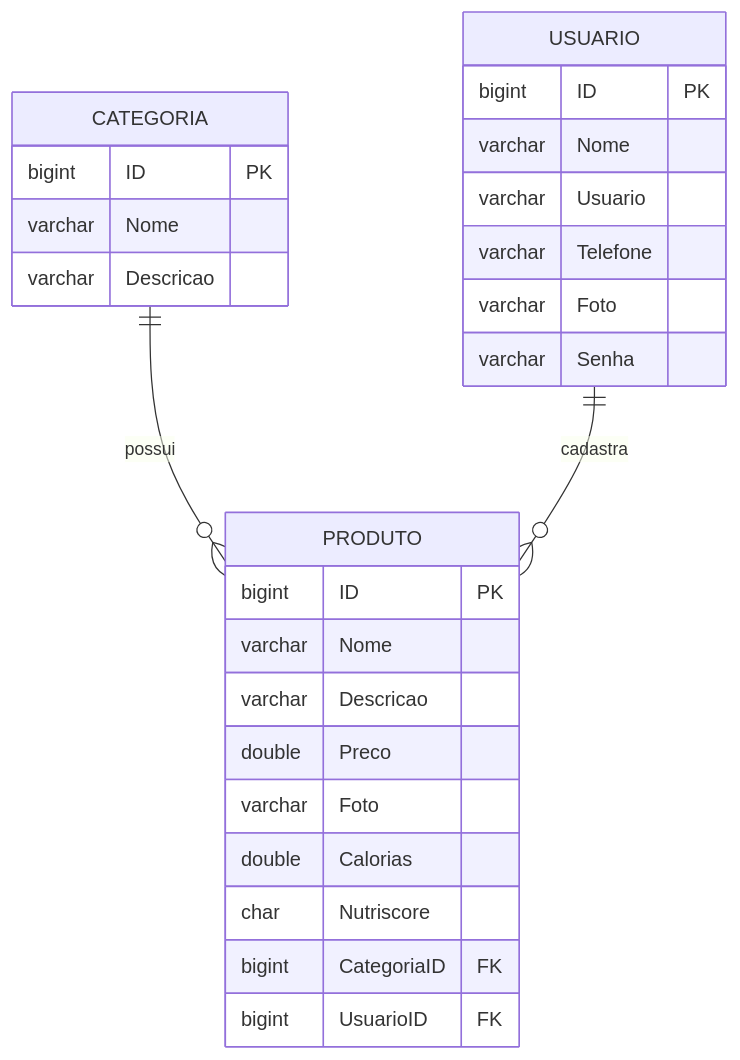
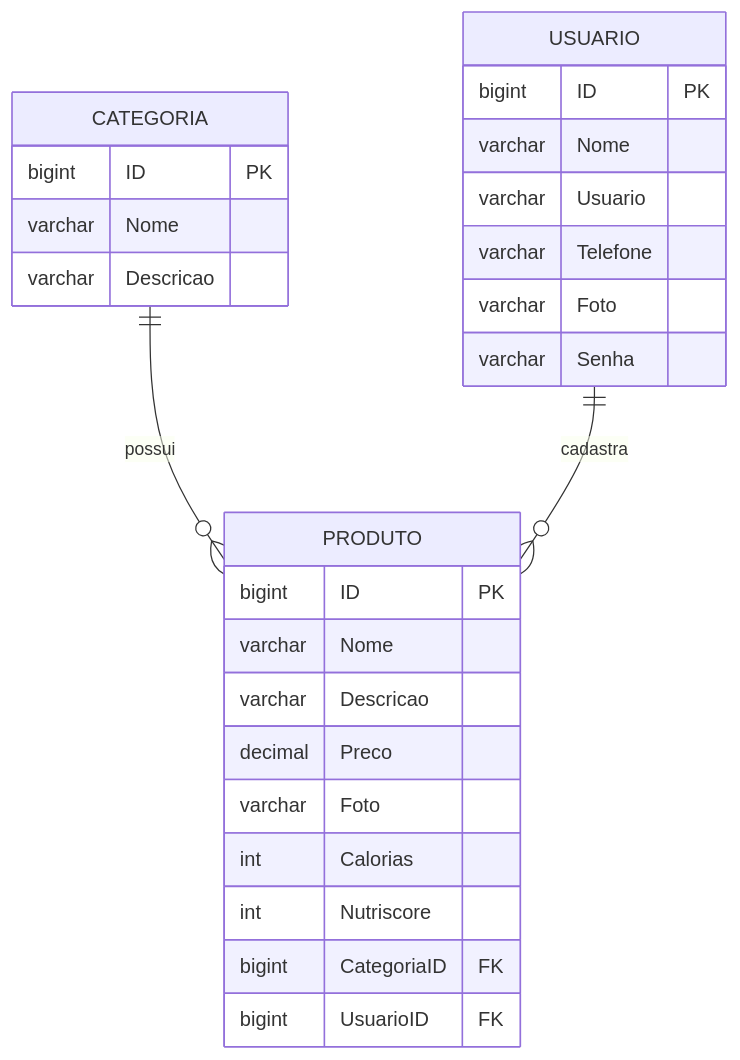
Before and after one commit to Grupo04TurmaJava82/delivery_spring: the second of 2 diagrams in README.md, drawn with Mermaid. The commit also changed other lines of this file, not shown here.

Commit message:
Update Produto DER README.md

````diff
--- a/README.md
+++ b/README.md
@@ -95,30 +95,30 @@
 ```mermaid
 erDiagram
     CATEGORIA {
         bigint ID PK
         varchar Nome
         varchar Descricao
     }
     PRODUTO {
         bigint ID PK
         varchar Nome
         varchar Descricao
-        double Preco
+        decimal Preco
         varchar Foto
-        double Calorias
-        char Nutriscore
+        int Calorias
+        int Nutriscore
         bigint CategoriaID FK
         bigint UsuarioID FK
     }
     USUARIO {
         bigint ID PK
         varchar Nome
         varchar Usuario
         varchar Telefone
         varchar Foto
         varchar Senha
     }
 
     CATEGORIA ||--o{ PRODUTO : "possui"
     USUARIO ||--o{ PRODUTO : "cadastra"
 ```
````
